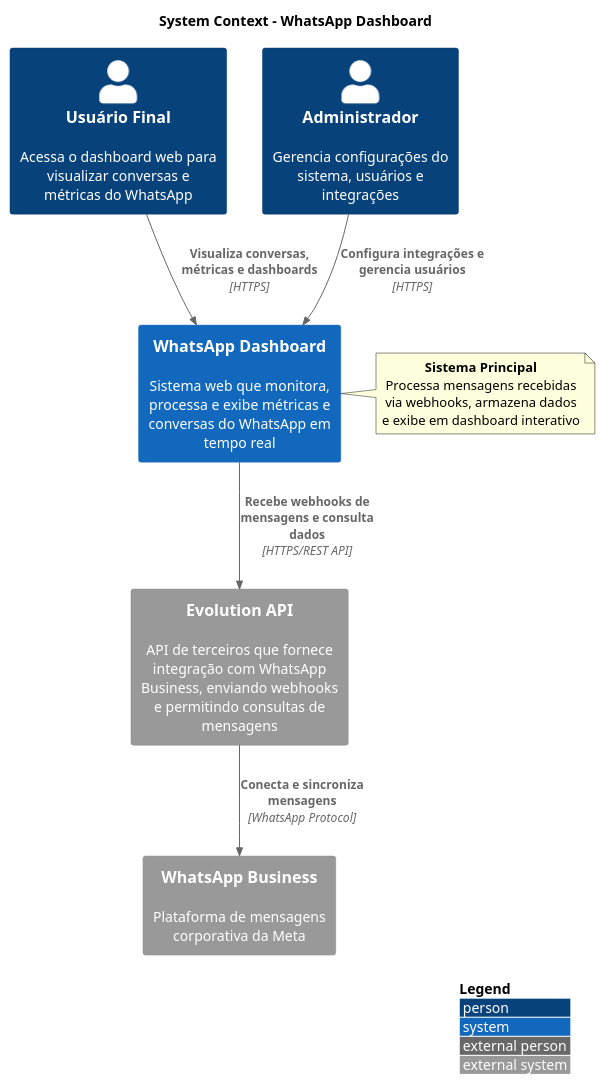
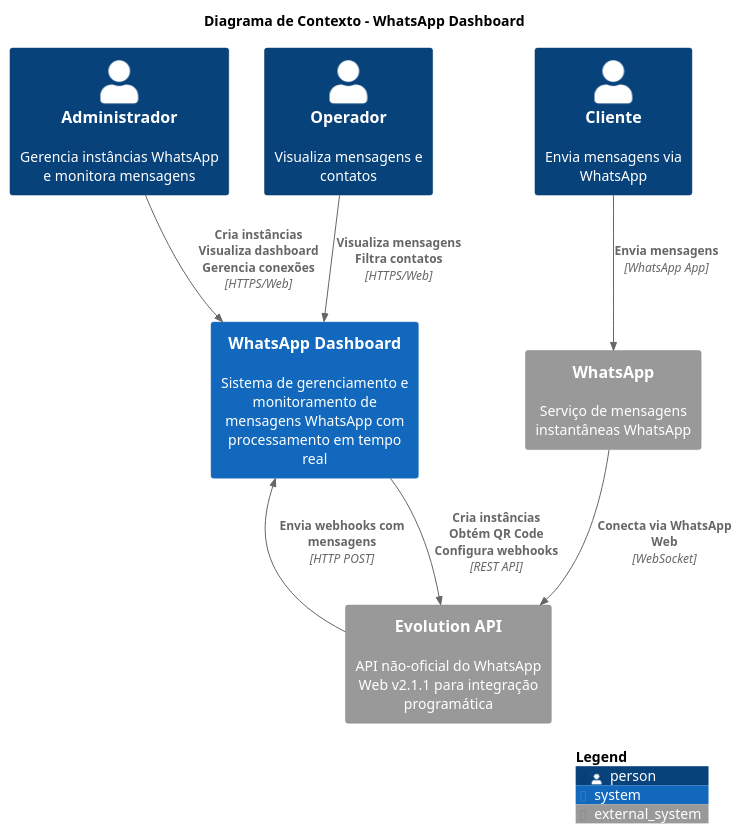
Before and after one commit to gab-correia/whatsapp-dashboard: the diagram in docs/architecture/c4/01-context-diagram.puml, drawn with PlantUML. The commit also changed 7 other files, not shown here.

Commit message:
docs: add complete C4 architecture documentation

```diff
--- a/docs/architecture/c4/01-context-diagram.puml
+++ b/docs/architecture/c4/01-context-diagram.puml
@@ -1,44 +1,26 @@
-@startuml 01-context-diagram
+@startuml WhatsApp Dashboard - Context Diagram
 !include https://raw.githubusercontent.com/plantuml-stdlib/C4-PlantUML/master/C4_Context.puml
 
 LAYOUT_WITH_LEGEND()
 
-title System Context - WhatsApp Dashboard
+title Diagrama de Contexto - WhatsApp Dashboard
 
-' =====================================================================
-' Pessoas (Atores do Sistema)
-' =====================================================================
-Person(user, "Usuário Final", "Acessa o dashboard web para visualizar conversas e métricas do WhatsApp")
-Person(admin, "Administrador", "Gerencia configurações do sistema, usuários e integrações")
+Person(admin, "Administrador", "Gerencia instâncias WhatsApp e monitora mensagens")
+Person(operator, "Operador", "Visualiza mensagens e contatos")
+Person(customer, "Cliente", "Envia mensagens via WhatsApp")
 
-' =====================================================================
-' Sistema Principal (Foco do Diagrama)
-' =====================================================================
-System(whatsapp_dashboard, "WhatsApp Dashboard", "Sistema web que monitora, processa e exibe métricas e conversas do WhatsApp em tempo real")
+System(whatsapp_dashboard, "WhatsApp Dashboard", "Sistema de gerenciamento e monitoramento de mensagens WhatsApp com processamento em tempo real")
 
-' =====================================================================
-' Sistemas Externos
-' =====================================================================
-System_Ext(evolution_api, "Evolution API", "API de terceiros que fornece integração com WhatsApp Business, enviando webhooks e permitindo consultas de mensagens")
-System_Ext(whatsapp, "WhatsApp Business", "Plataforma de mensagens corporativa da Meta")
+System_Ext(evolution_api, "Evolution API", "API não-oficial do WhatsApp Web v2.1.1 para integração programática")
+System_Ext(whatsapp_service, "WhatsApp", "Serviço de mensagens instantâneas WhatsApp")
 
-' =====================================================================
-' Relacionamentos (Interações entre os elementos)
-' =====================================================================
-Rel(user, whatsapp_dashboard, "Visualiza conversas, métricas e dashboards", "HTTPS")
-Rel(admin, whatsapp_dashboard, "Configura integrações e gerencia usuários", "HTTPS")
+Rel(admin, whatsapp_dashboard, "Cria instâncias\nVisualiza dashboard\nGerencia conexões", "HTTPS/Web")
+Rel(operator, whatsapp_dashboard, "Visualiza mensagens\nFiltra contatos", "HTTPS/Web")
+Rel(customer, whatsapp_service, "Envia mensagens", "WhatsApp App")
 
-Rel(whatsapp_dashboard, evolution_api, "Recebe webhooks de mensagens e consulta dados", "HTTPS/REST API")
-Rel(evolution_api, whatsapp, "Conecta e sincroniza mensagens", "WhatsApp Protocol")
+Rel(whatsapp_service, evolution_api, "Conecta via WhatsApp Web", "WebSocket")
+Rel(evolution_api, whatsapp_dashboard, "Envia webhooks com mensagens", "HTTP POST")
+Rel(whatsapp_dashboard, evolution_api, "Cria instâncias\nObtém QR Code\nConfigura webhooks", "REST API")
 
-' =====================================================================
-' Notas explicativas (opcional)
-' =====================================================================
-note right of whatsapp_dashboard
-  **Sistema Principal**
-  Processa mensagens recebidas
-  via webhooks, armazena dados
-  e exibe em dashboard interativo
-end note
-
+SHOW_LEGEND()
 @enduml
```
